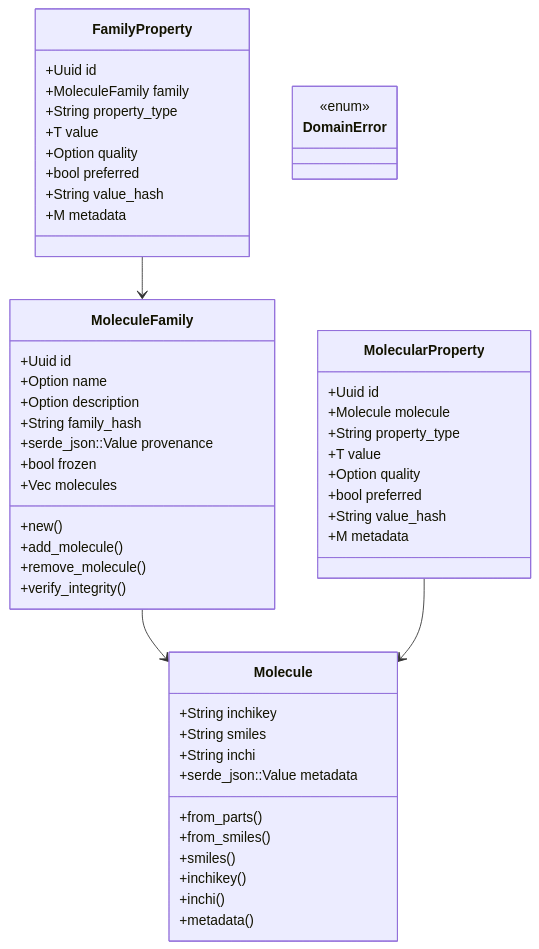
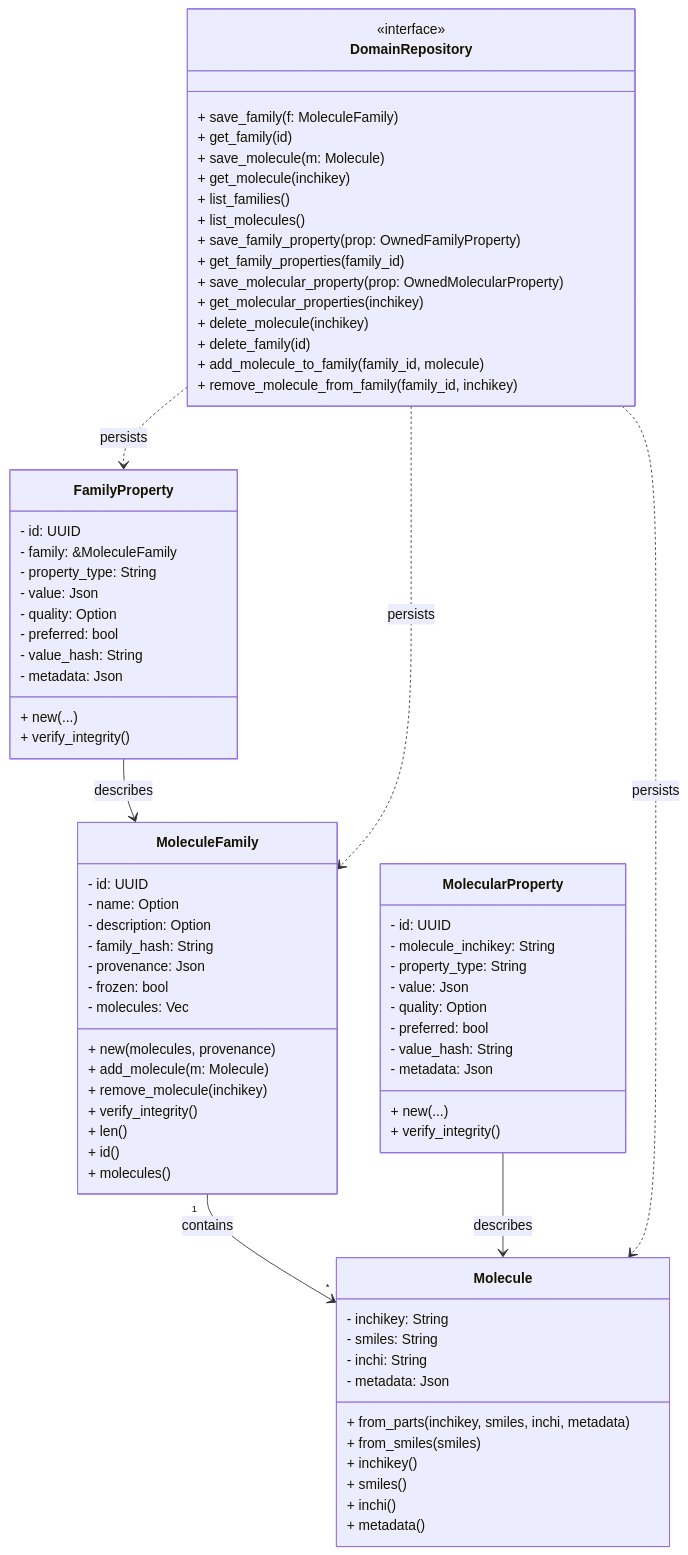
Before and after one commit to chem-gl/chem-flow: the fourth of 8 diagrams in README.md, drawn with Mermaid. The commit also changed other lines of this file and 14 other files, not shown here.

````diff
--- a/README.md
+++ b/README.md
@@ -172,54 +186,78 @@
 ```mermaid
 classDiagram
     class Molecule {
-        +String inchikey
-        +String smiles
-        +String inchi
-        +serde_json::Value metadata
-        +from_parts()
-        +from_smiles()
-        +smiles()
-        +inchikey()
-        +inchi()
-        +metadata()
+        - inchikey: String
+        - smiles: String
+        - inchi: String
+        - metadata: Json
+        + from_parts(inchikey, smiles, inchi, metadata)
+        + from_smiles(smiles)
+        + inchikey()
+        + smiles()
+        + inchi()
+        + metadata()
     }
     class MoleculeFamily {
-        +Uuid id
-        +Option<String> name
-        +Option<String> description
-        +String family_hash
-        +serde_json::Value provenance
-        +bool frozen
-        +Vec<Molecule> molecules
-        +new()
-        +add_molecule()
-        +remove_molecule()
-        +verify_integrity()
+        - id: UUID
+        - name: Option<String>
+        - description: Option<String>
+        - family_hash: String
+        - provenance: Json
+        - frozen: bool
+        - molecules: Vec<Molecule>
+        + new(molecules, provenance)
+        + add_molecule(m: Molecule)
+        + remove_molecule(inchikey)
+        + verify_integrity()
+        + len()
+        + id()
+        + molecules()
     }
     class FamilyProperty {
-        +Uuid id
-        +MoleculeFamily family
-        +String property_type
-        +T value
-        +Option<String> quality
-        +bool preferred
-        +String value_hash
-        +M metadata
+        - id: UUID
+        - family: &MoleculeFamily
+        - property_type: String
+        - value: Json
+        - quality: Option<String>
+        - preferred: bool
+        - value_hash: String
+        - metadata: Json
+        + new(...)
+        + verify_integrity()
     }
     class MolecularProperty {
-        +Uuid id
-        +Molecule molecule
-        +String property_type
-        +T value
-        +Option<String> quality
-        +bool preferred
-        +String value_hash
-        +M metadata
+        - id: UUID
+        - molecule_inchikey: String
+        - property_type: String
+        - value: Json
+        - quality: Option<String>
+        - preferred: bool
+        - value_hash: String
+        - metadata: Json
+        + new(...)
+        + verify_integrity()
     }
-    class DomainError {
-        <<enum>>
+    class DomainRepository {
+        <<interface>>
+        + save_family(f: MoleculeFamily)
+        + get_family(id)
+        + save_molecule(m: Molecule)
+        + get_molecule(inchikey)
+        + list_families()
+        + list_molecules()
+        + save_family_property(prop: OwnedFamilyProperty)
+        + get_family_properties(family_id)
+        + save_molecular_property(prop: OwnedMolecularProperty)
+        + get_molecular_properties(inchikey)
+        + delete_molecule(inchikey)
+        + delete_family(id)
+        + add_molecule_to_family(family_id, molecule)
+        + remove_molecule_from_family(family_id, inchikey)
     }
-    MoleculeFamily --> Molecule
-    FamilyProperty --> MoleculeFamily
-    MolecularProperty --> Molecule
+    MoleculeFamily "1" --> "*" Molecule : contains
+    FamilyProperty --> MoleculeFamily : describes
+    MolecularProperty --> Molecule : describes
+    DomainRepository ..> Molecule : persists
+    DomainRepository ..> MoleculeFamily : persists
+    DomainRepository ..> FamilyProperty : persists
 ```
````
